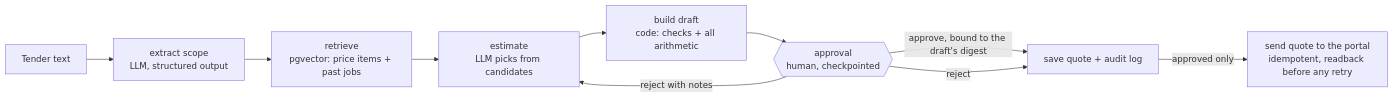
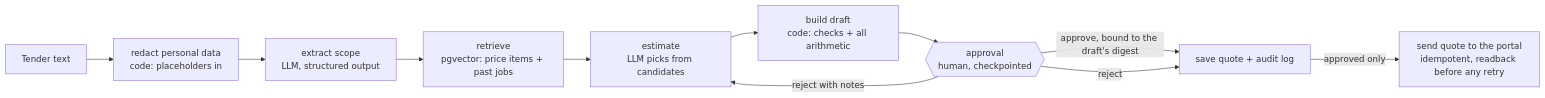
One commit to Rodvader8/tender-desk changed the diagram in README.md. Above: the diagram before and after it, drawn with Mermaid. The commit also changed other lines of this file and 2 other files, not shown here.

````diff
--- a/README.md
+++ b/README.md
@@ -9,12 +9,13 @@
 ```mermaid
 flowchart LR
-    T[Tender text] --> E[extract scope<br/>LLM, structured output]
+    T[Tender text] --> D[redact personal data<br/>code: placeholders in]
+    D --> E[extract scope<br/>LLM, structured output]
     E --> R[retrieve<br/>pgvector: price items + past jobs]
     R --> S[estimate<br/>LLM picks from candidates]
     S --> B[build draft<br/>code: checks + all arithmetic]
     B --> A{{approval<br/>human, checkpointed}}
     A -- approve, bound to the draft's digest --> F[save quote + audit log]
     A -- reject with notes --> S
     A -- reject --> F
     F -- approved only --> P[send quote to the portal<br/>idempotent, readback before any retry]
 ```
````
